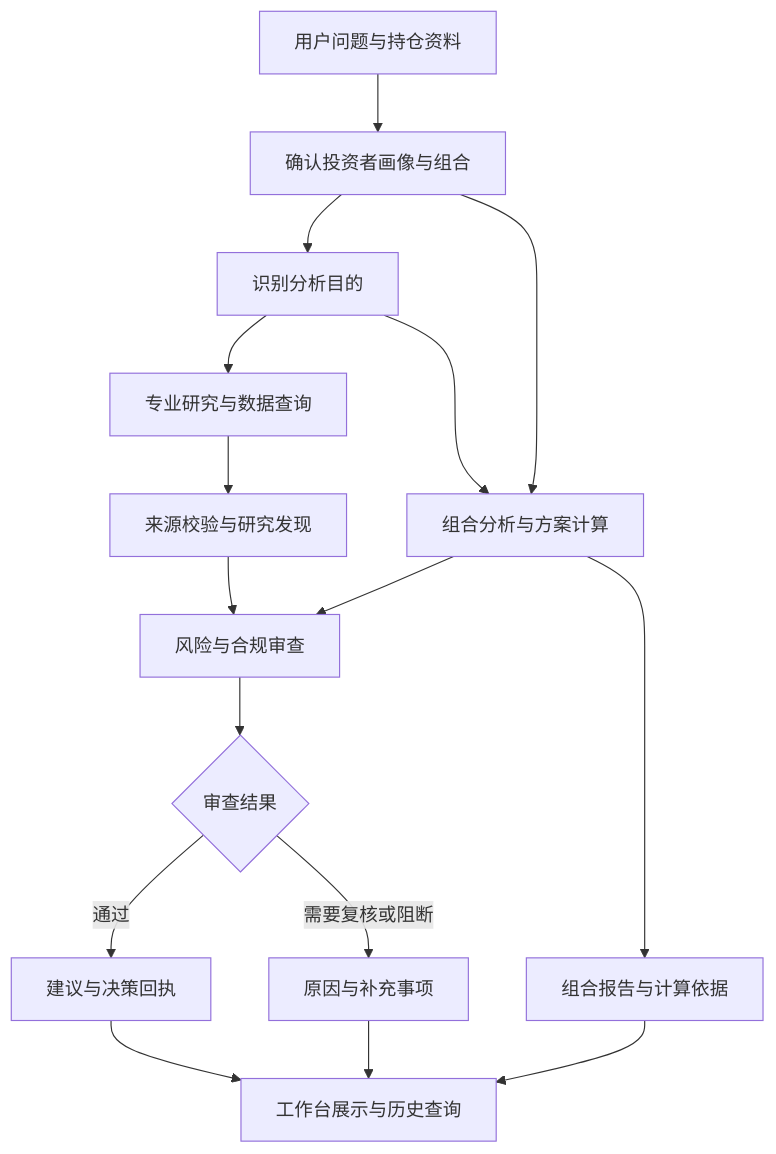
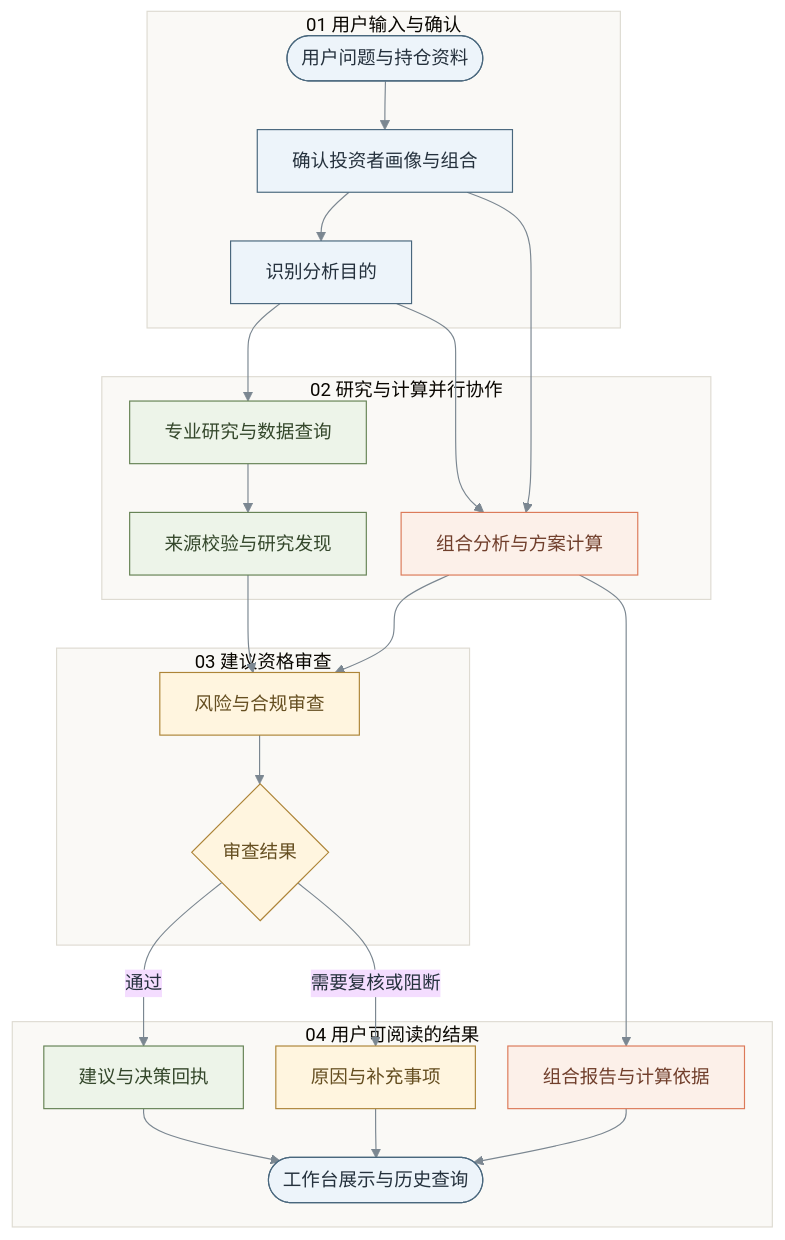
Before and after one commit to 1917173927/prism: the first of 8 diagrams in docs/submission/competition-technical-solution.md, drawn with Mermaid. The commit also changed other lines of this file and 4 other files, not shown here.

Commit message:
docs: 更新技术文档标题并丰富图示

````diff
--- a/docs/submission/competition-technical-solution.md
+++ b/docs/submission/competition-technical-solution.md
@@ -59,18 +59,35 @@
 ```mermaid
+%%{init: {"theme":"base","themeVariables":{"fontFamily":"Microsoft YaHei, sans-serif","primaryTextColor":"#25313d","lineColor":"#7b8791","clusterBkg":"#faf9f6","clusterBorder":"#dedbd2"},"flowchart":{"curve":"basis","nodeSpacing":28,"rankSpacing":42}}}%%
 flowchart TD
-    A[用户问题与持仓资料] --> B[确认投资者画像与组合]
+    subgraph INPUT[01 用户输入与确认]
+    A([用户问题与持仓资料]) --> B[确认投资者画像与组合]
     B --> C[识别分析目的]
+    end
+    subgraph ANALYSIS[02 研究与计算并行协作]
     C --> D[专业研究与数据查询]
     C --> E[组合分析与方案计算]
     D --> F[来源校验与研究发现]
     B --> E
+    end
+    subgraph REVIEW[03 建议资格审查]
     F --> G[风险与合规审查]
     E --> G
     G --> H{审查结果}
+    end
+    subgraph OUTPUT[04 用户可阅读的结果]
     H -->|通过| I[建议与决策回执]
     H -->|需要复核或阻断| J[原因与补充事项]
     E --> K[组合报告与计算依据]
-    I --> L[工作台展示与历史查询]
+    I --> L([工作台展示与历史查询])
     J --> L
     K --> L
+    end
+    classDef input fill:#edf4fa,stroke:#49677d,color:#25313d
+    classDef compute fill:#fcf0e9,stroke:#dc7958,color:#703e2b
+    classDef evidence fill:#edf4e9,stroke:#658254,color:#34472b
+    classDef review fill:#fff5df,stroke:#ad8437,color:#654e20
+    class A,B,C,L input
+    class E,K compute
+    class D,F,I evidence
+    class G,H,J review
 ```
````
